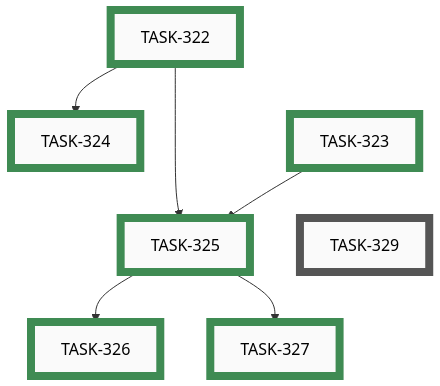
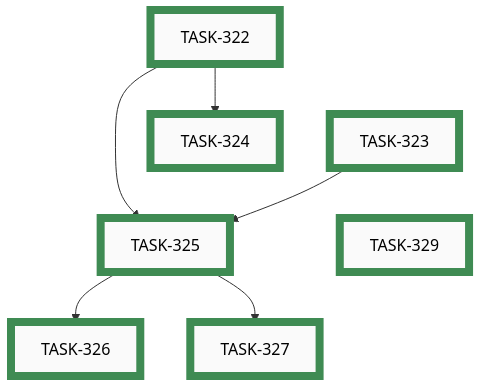
One commit to tgd1975/AwesomeStudioPedal changed the seventh of 10 diagrams in docs/developers/tasks/EPICS.md. Above: the diagram before and after it, drawn with Mermaid. The commit also changed other lines of this file and 7 other files, not shown here.

First line of the commit message:
close TASK-329: Drop auto-git-add for untracked files from commit-pathspec.sh

````diff
--- a/docs/developers/tasks/EPICS.md
+++ b/docs/developers/tasks/EPICS.md
@@ -243,31 +245,31 @@
 ```mermaid
 graph TD
-    TASK_329["TASK-329"]:::open
     TASK_322["TASK-322"]:::closed
     TASK_323["TASK-323"]:::closed
     TASK_324["TASK-324"]:::closed
     TASK_325["TASK-325"]:::closed
     TASK_326["TASK-326"]:::closed
     TASK_327["TASK-327"]:::closed
+    TASK_329["TASK-329"]:::closed
     TASK_322 --> TASK_324
     TASK_322 --> TASK_325
     TASK_323 --> TASK_325
     TASK_325 --> TASK_326
     TASK_325 --> TASK_327
     TASK_322 ~~~ TASK_323 ~~~ TASK_329
-    click TASK_329 "open/task-329-drop-auto-git-add-from-commit-pathspec.md"
     click TASK_322 "closed/task-322-decide-commit-provenance-and-bypass-mechanism.md"
     click TASK_323 "closed/task-323-convert-commit-skill-to-pathspec-form.md"
     click TASK_324 "closed/task-324-update-claudemd-and-add-commit-policy-page.md"
     click TASK_325 "closed/task-325-implement-precommit-hook-enforcement.md"
     click TASK_326 "closed/task-326-route-other-commit-skills-through-commit.md"
     click TASK_327 "closed/task-327-decide-partial-hunk-policy.md"
+    click TASK_329 "closed/task-329-drop-auto-git-add-from-commit-pathspec.md"
     classDef open    fill:#FAFAFA,stroke:#555,stroke-width:8px,color:#000
     classDef active  fill:#FAFAFA,stroke:#1A6FA8,stroke-width:8px,color:#000
     classDef closed  fill:#FAFAFA,stroke:#3F8B53,stroke-width:8px,color:#000
     classDef paused  fill:#FAFAFA,stroke:#B07810,stroke-width:8px,color:#000
     classDef openExt    fill:#000,stroke:#888,stroke-width:8px,color:#FFF
     classDef activeExt  fill:#000,stroke:#3FA9F5,stroke-width:8px,color:#FFF
     classDef closedExt  fill:#000,stroke:#7CC68A,stroke-width:8px,color:#FFF
     classDef pausedExt  fill:#000,stroke:#F0B030,stroke-width:8px,color:#FFF
 ```
````
